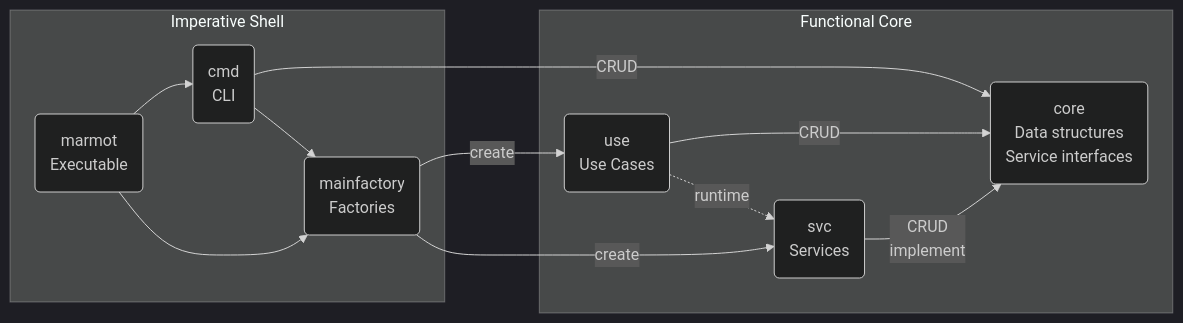
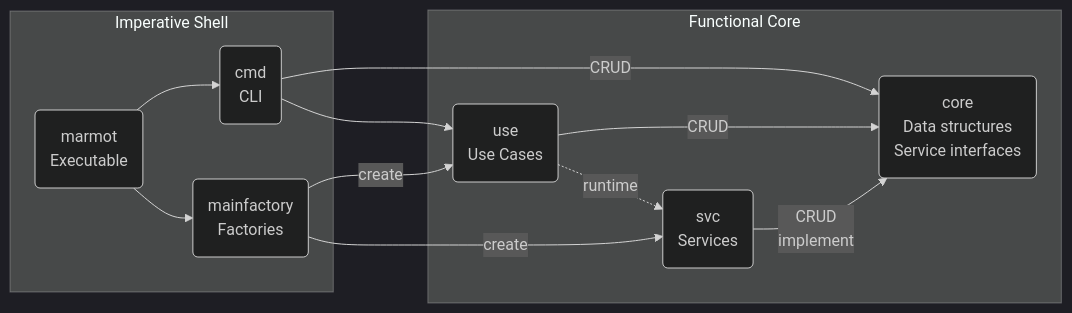
Before and after one commit to kkrull/marmot: the first of 3 diagrams in doc/decisions.md, drawn with Mermaid (dark theme).

Commit message:
Make more accurate

````diff
--- a/doc/decisions.md
+++ b/doc/decisions.md
@@ -169,28 +169,29 @@
 ```mermaid
 graph LR
 
 %% Core and dependencies
 subgraph FunctionalCore [Functional Core]
   core(core<br/>Data structures<br/>Service interfaces)
   svc(svc<br/>Services)
   use(use<br/>Use Cases)
 
   svc -->|CRUD<br/>implement| core
   use -->|CRUD| core
   use -.->|runtime| svc
 end
 
 %% Main program
 subgraph ImperativeShell [Imperative Shell]
   cmd(cmd<br/>CLI)
   mainfactory(mainfactory<br/>Factories)
   marmot(marmot<br/>Executable)
 
   cmd -->|CRUD| core
-  cmd --> mainfactory
+  cmd --> use
+  %%mainfactory -->|create| cmd
   mainfactory -->|create| use
   mainfactory -->|create| svc
   marmot --> cmd
   marmot --> mainfactory
 end
 ```
````
